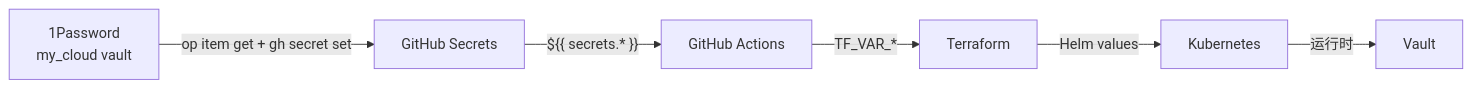
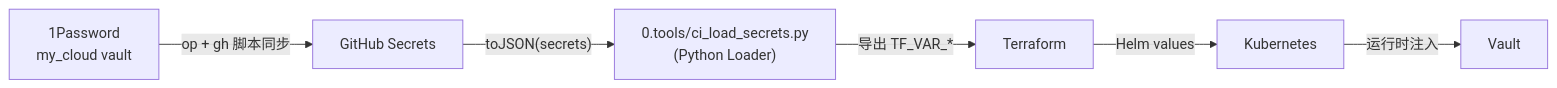
One commit to wangzitian0/infra changed the diagram in docs/ssot/platform.secrets.md. Above: the diagram before and after it, drawn with Mermaid. The commit also changed other lines of this file and 9 other files, not shown here.

First line of the commit message:
refactor(ci): unify secret loading via python script (#273)

````diff
--- a/docs/ssot/platform.secrets.md
+++ b/docs/ssot/platform.secrets.md
@@ -7,8 +7,8 @@
 ```mermaid
 graph LR
-    OP[1Password<br/>my_cloud vault] -->|"op item get + gh secret set"| GH[GitHub Secrets]
-    GH -->|"${{ secrets.* }}"| CI[GitHub Actions]
-    CI -->|TF_VAR_*| TF[Terraform]
+    OP[1Password<br/>my_cloud vault] -->|"op + gh 脚本同步"| GH[GitHub Secrets]
+    GH -->|"toJSON(secrets)"| Loader["0.tools/ci_load_secrets.py<br/>(Python Loader)"]
+    Loader -->|导出 TF_VAR_*| TF[Terraform]
     TF -->|Helm values| K8S[Kubernetes]
-    K8S -->|运行时| VAULT[Vault]
+    K8S -->|运行时注入| VAULT[Vault]
 ```
````
